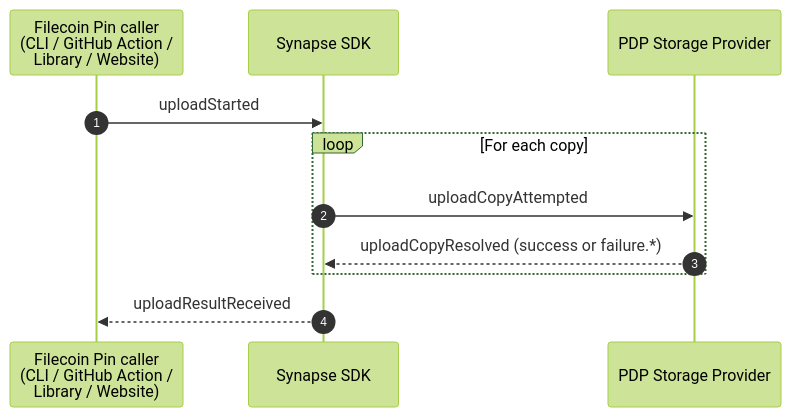
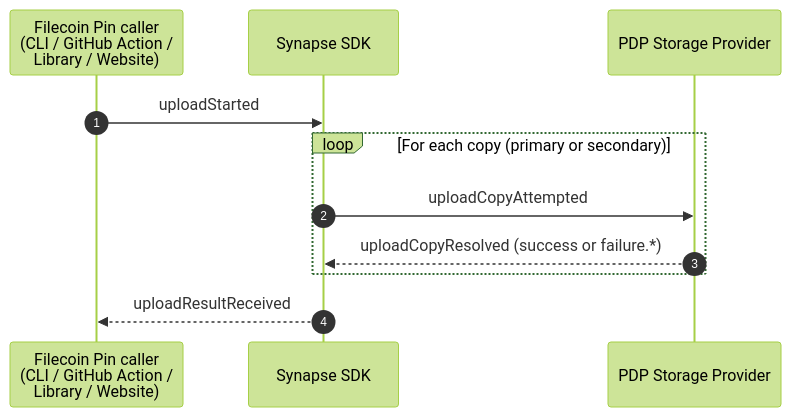
Before and after one commit to filecoin-project/filecoin-pin: the diagram in documentation/events-and-metrics.md, drawn with Mermaid (forest theme).

````diff
--- a/documentation/events-and-metrics.md
+++ b/documentation/events-and-metrics.md
@@ -13,14 +13,14 @@
 ```mermaid
 sequenceDiagram
   autonumber
   participant Caller as Filecoin Pin caller<br/>(CLI / GitHub Action /<br/>Library / Website)
   participant Synapse as Synapse SDK
   participant SP as PDP Storage Provider
 
   Caller->>Synapse: uploadStarted
-  loop For each copy
+  loop For each copy (primary or secondary)
     Synapse->>SP: uploadCopyAttempted
     SP-->>Synapse: uploadCopyResolved (success or failure.*)
   end
   Synapse-->>Caller: uploadResultReceived
 ```
````
